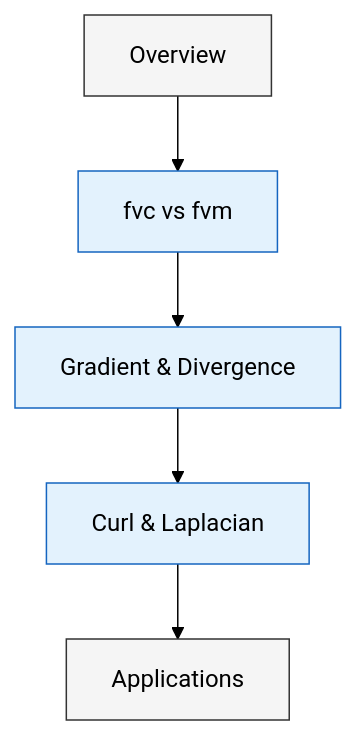
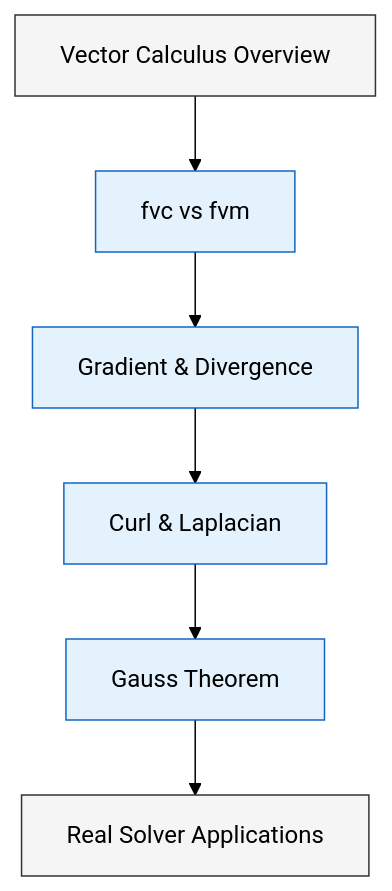
Before and after one commit to wramet/build-my-cfd: the diagram in MODULE_05_OPENFOAM_PROGRAMMING/CONTENT/10_VECTOR_CALCULUS/00_Overview.md, drawn with Mermaid (forest theme). The commit also changed other lines of this file and 124 other files, not shown here.

````diff
--- a/MODULE_05_OPENFOAM_PROGRAMMING/CONTENT/10_VECTOR_CALCULUS/00_Overview.md
+++ b/MODULE_05_OPENFOAM_PROGRAMMING/CONTENT/10_VECTOR_CALCULUS/00_Overview.md
@@ -9,9 +6,10 @@
 ```mermaid
 flowchart TD
 classDef section fill:#f5f5f5,stroke:#333,color:#000
 classDef topic fill:#e3f2fd,stroke:#1565c0,color:#000
-A[Overview]:::section --> B[fvc vs fvm]:::topic
+A[Vector Calculus Overview]:::section --> B[fvc vs fvm]:::topic
 B --> C[Gradient & Divergence]:::topic
 C --> D[Curl & Laplacian]:::topic
-D --> E[Applications]:::section
+D --> E[Gauss Theorem]:::topic
+E --> F[Real Solver Applications]:::section
 ```
````
